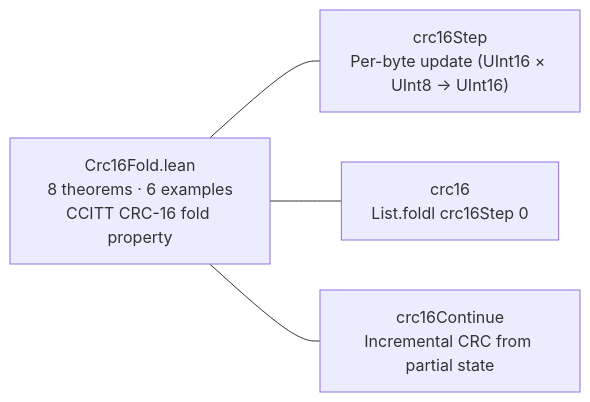
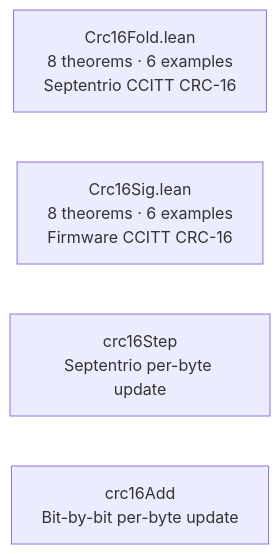
The ninth of 15 diagrams in formal-verification/REPORT.md (fsprojects/PX4-Autopilot), drawn with Mermaid before and after one commit. The commit also changed other lines of this file and 4 other files, not shown here.

````diff
--- a/formal-verification/REPORT.md
+++ b/formal-verification/REPORT.md
@@ -253,10 +263,7 @@
 ```mermaid
 graph LR
-    CF["Crc16Fold.lean<br/>8 theorems · 6 examples<br/>CCITT CRC-16 fold property"]
-    S["crc16Step<br/>Per-byte update (UInt16 × UInt8 → UInt16)"]
-    C["crc16<br/>List.foldl crc16Step 0"]
-    CC["crc16Continue<br/>Incremental CRC from partial state"]
-    CF --- S
-    CF --- C
-    CF --- CC
+    CF["Crc16Fold.lean<br/>8 theorems · 6 examples<br/>Septentrio CCITT CRC-16"]
+    CS["Crc16Sig.lean<br/>8 theorems · 6 examples<br/>Firmware CCITT CRC-16"]
+    S1["crc16Step<br/>Septentrio per-byte update"]
+    S2["crc16Add<br/>Bit-by-bit per-byte update"]
 ```
````
